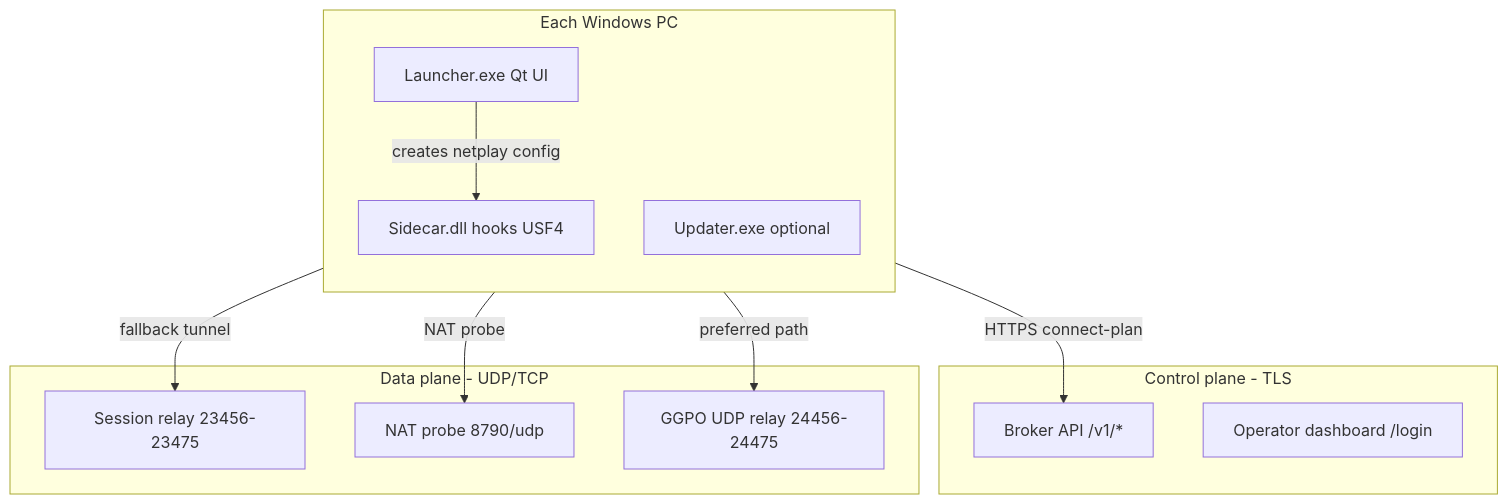
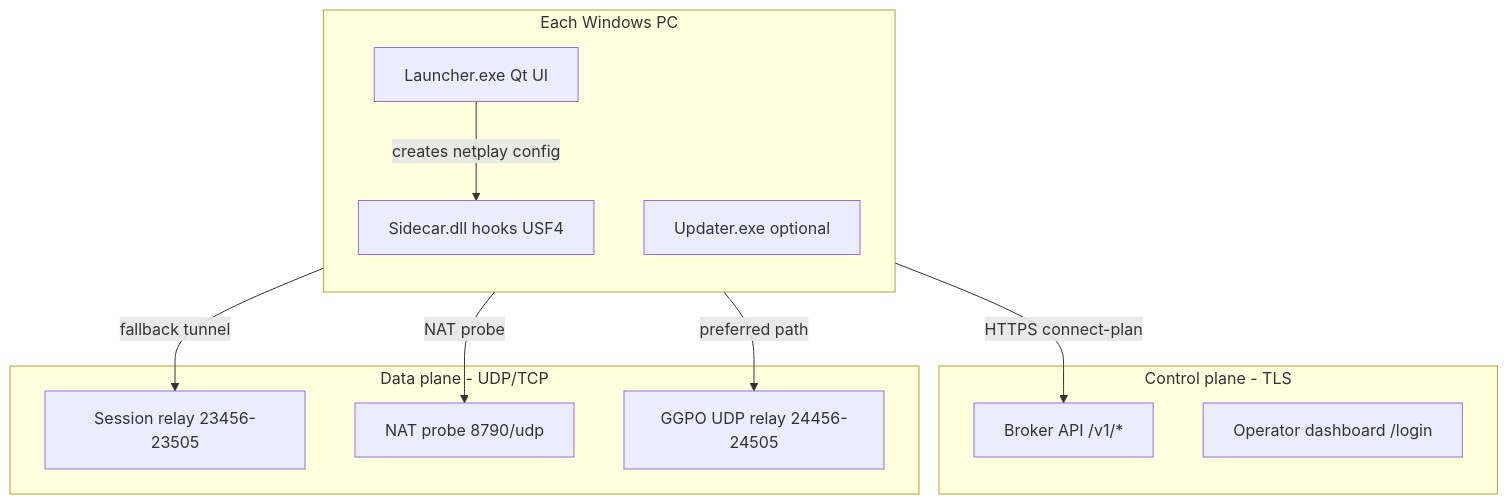
One commit to Confetti3/SF4-Ember-Netplay changed the second of 2 diagrams in README.md. Above: the diagram before and after it, drawn with Mermaid. The commit also changed other lines of this file and 9 other files, not shown here.

````diff
--- a/README.md
+++ b/README.md
@@ -61,26 +61,26 @@
 ```mermaid
 flowchart TB
   subgraph windows [Each Windows PC]
     direction TB
     L[Launcher.exe Qt UI]
     U[Updater.exe optional]
     S[Sidecar.dll hooks USF4]
     L -->|creates netplay config| S
   end
 
   subgraph control [Control plane - TLS]
     B["Broker API /v1/*"]
     D[Operator dashboard /login]
   end
 
   subgraph data [Data plane - UDP/TCP]
-    GNS["Session relay 23456-23475"]
+    GNS["Session relay 23456-23505"]
     NAT["NAT probe 8790/udp"]
-    GGPO["GGPO UDP relay 24456-24475"]
+    GGPO["GGPO UDP relay 24456-24505"]
   end
 
   L -->|HTTPS connect-plan| B
   L -->|NAT probe| NAT
   S -->|preferred path| GGPO
   S -->|fallback tunnel| GNS
 ```
````
